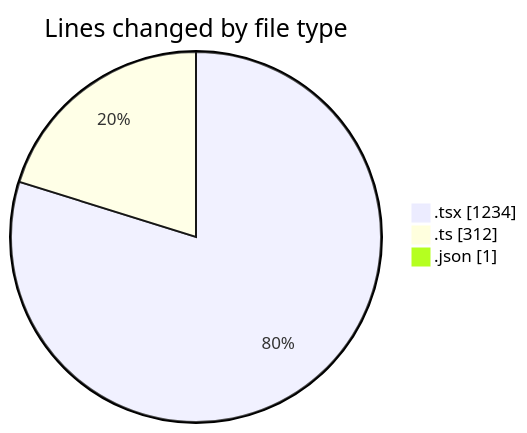
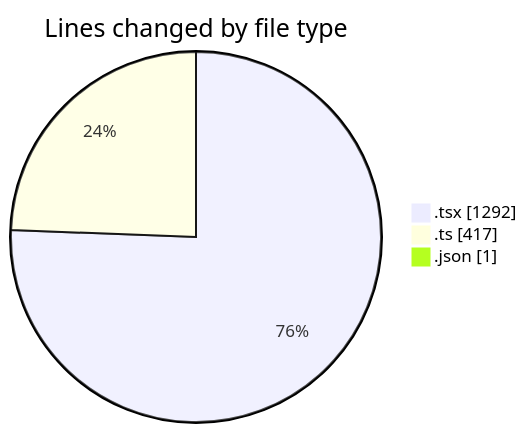
The first of 2 diagrams in 2025-10-08/eventscop-frontend-guide__workspace_/README.md (julien-gomy/code-tracking), drawn with Mermaid before and after one commit. The commit also changed other lines of this file and 1 other file, not shown here.

````diff
--- a/2025-10-08/eventscop-frontend-guide__workspace_/README.md
+++ b/2025-10-08/eventscop-frontend-guide__workspace_/README.md
@@ -28,7 +29,7 @@
 ```mermaid
 pie showData
 title Lines changed by file type
-".tsx" : 1234
-".ts" : 312
+".tsx" : 1292
+".ts" : 417
 ".json" : 1
 ```
````
